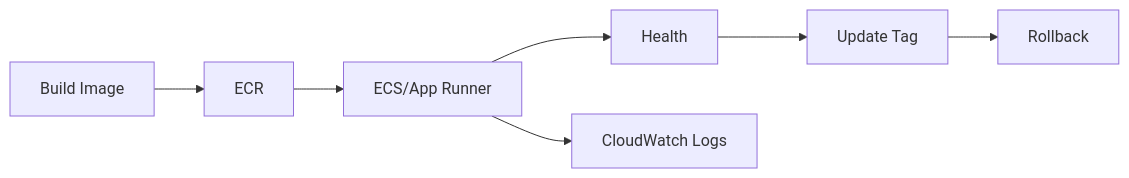
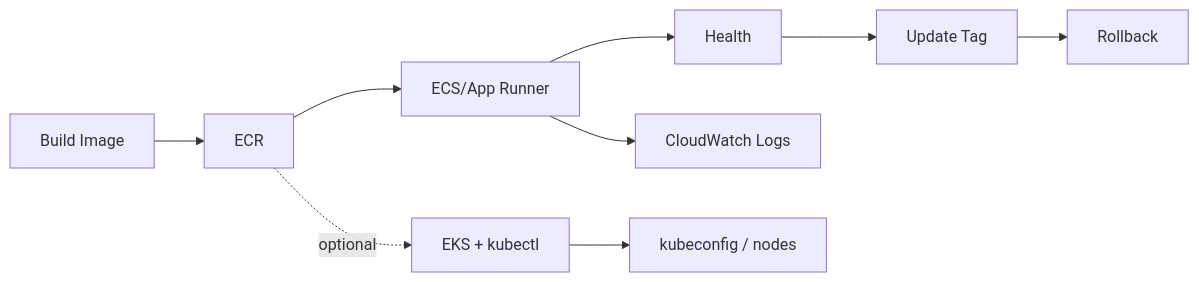
Before and after one commit to niceguy61/kdt_devops_lecture_2026_rev2: the diagram in week5/day3/lesson-01.md, drawn with Mermaid. The commit also changed other lines of this file and 9 other files, not shown here.

````diff
--- a/week5/day3/lesson-01.md
+++ b/week5/day3/lesson-01.md
@@ -50,9 +63,11 @@
 ```mermaid
 flowchart LR
   Build["Build Image"] --> ECR["ECR"]
   ECR --> Run["ECS/App Runner"]
+  ECR -. "optional" .-> EKS["EKS + kubectl"]
   Run --> Health["Health"]
+  EKS --> Kube["kubeconfig / nodes"]
   Run --> Logs["CloudWatch Logs"]
   Health --> Update["Update Tag"]
   Update --> Rollback["Rollback"]
 ```
````
